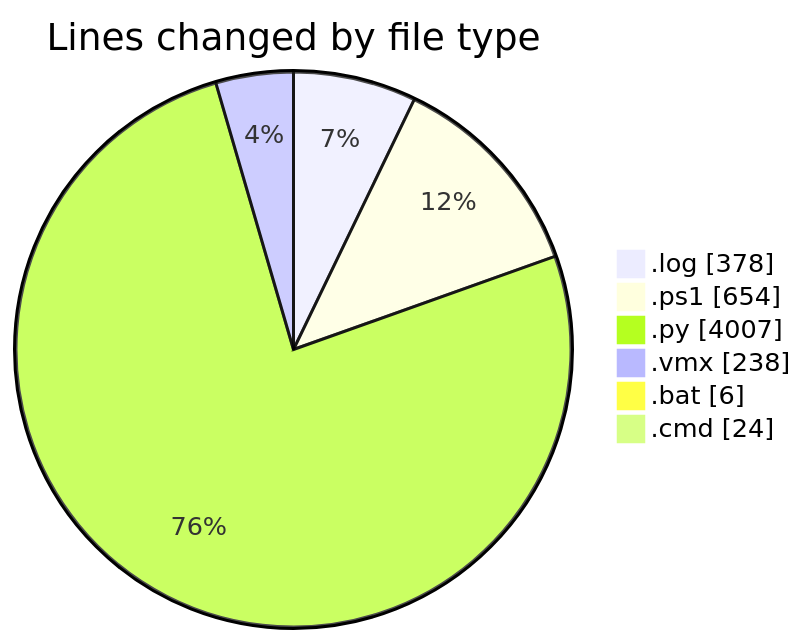
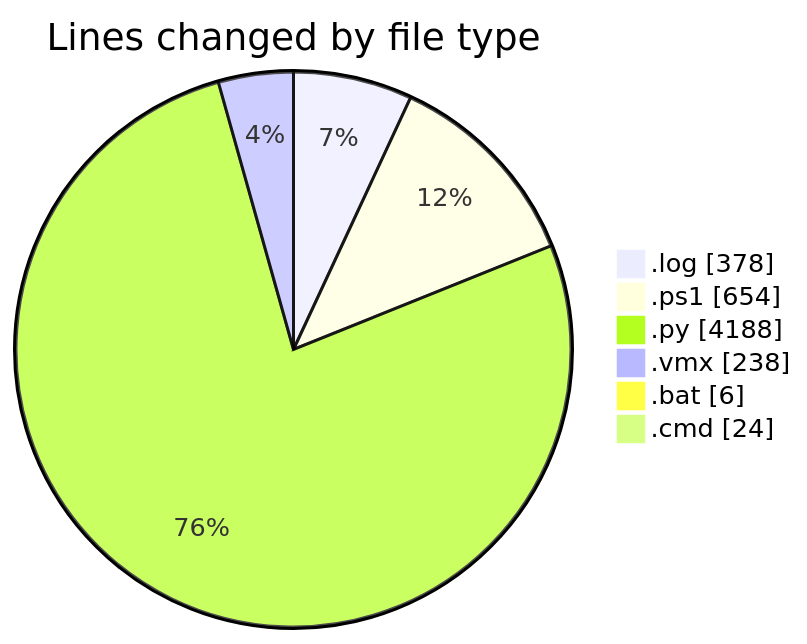
The first of 2 diagrams in 2026-07-08/twenty_versions_aminor/README.md (shibass792/code-tracking), drawn with Mermaid before and after one commit. The commit also changed other lines of this file and 1 other file, not shown here.

````diff
--- a/2026-07-08/twenty_versions_aminor/README.md
+++ b/2026-07-08/twenty_versions_aminor/README.md
@@ -46,10 +48,10 @@
 ```mermaid
 pie showData
 title Lines changed by file type
 ".log" : 378
 ".ps1" : 654
-".py" : 4007
+".py" : 4188
 ".vmx" : 238
 ".bat" : 6
 ".cmd" : 24
 ```
````
